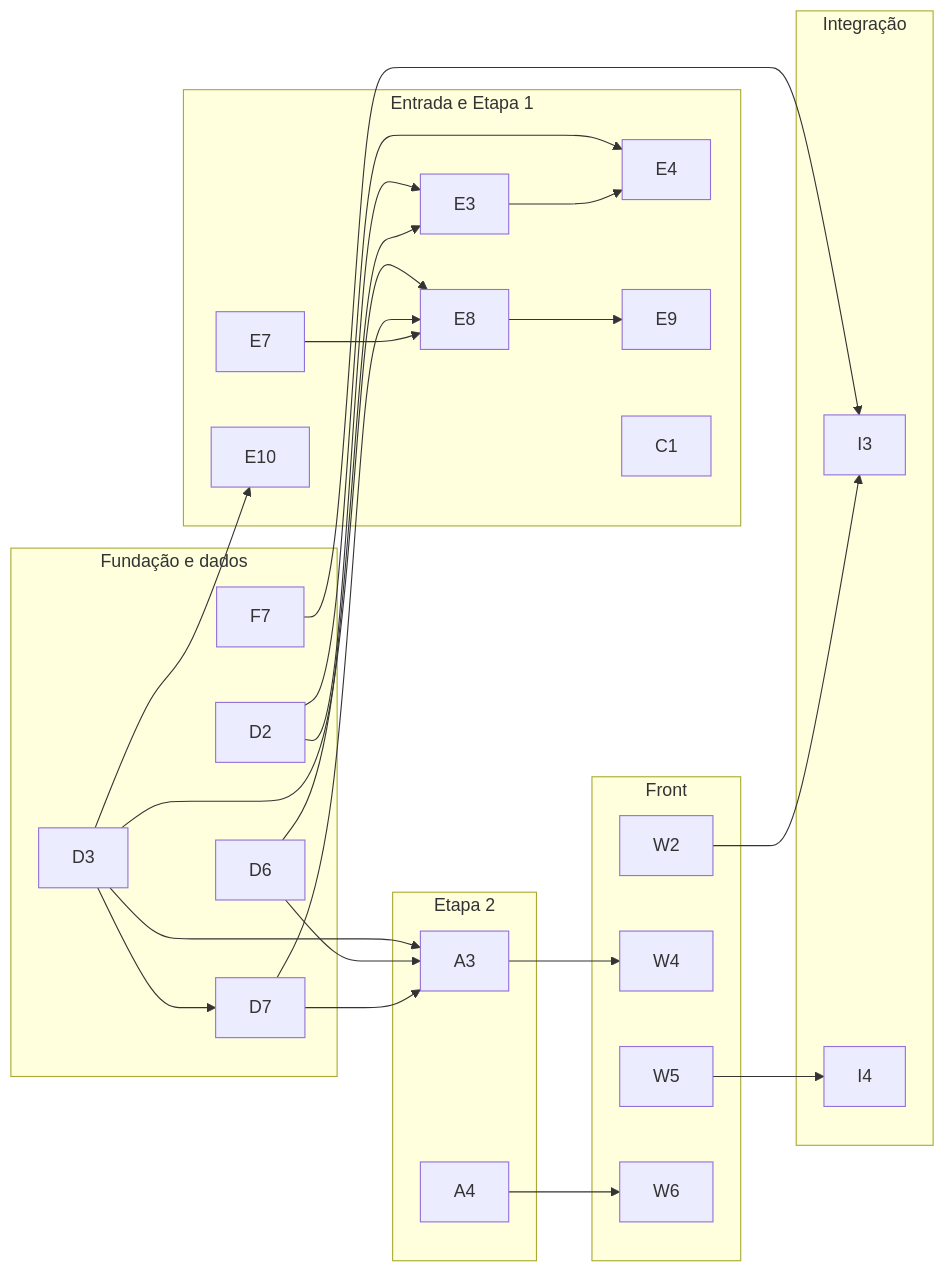
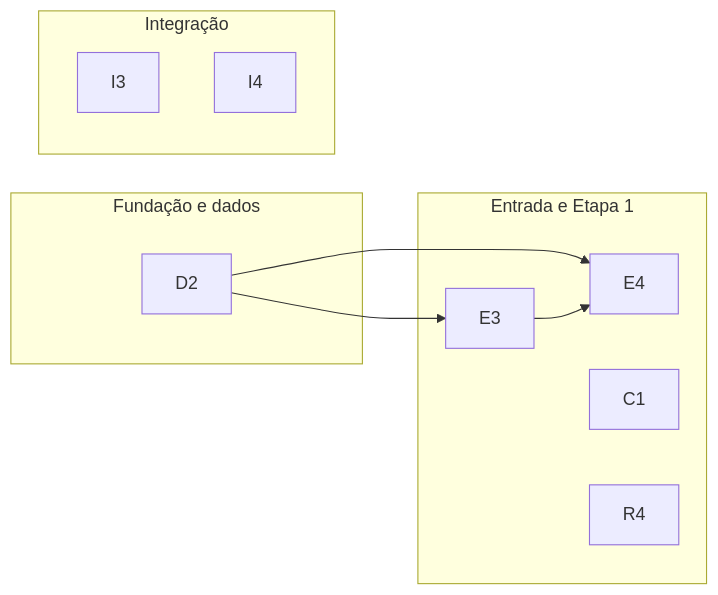
The diagram in PROXIMOS-PASSOS.md (MateusBarnabe/Projeto-Integrador), drawn with Mermaid before and after one commit. The commit also changed other lines of this file, not shown here.

````diff
--- a/PROXIMOS-PASSOS.md
+++ b/PROXIMOS-PASSOS.md
@@ -216,32 +216,15 @@
 ```mermaid
 flowchart LR
   subgraph Fundacao["Fundação e dados"]
-    F7
-    D2 & D3 & D6 & D7
+    D2
   end
   subgraph Etapa1["Entrada e Etapa 1"]
-    E3 & E4 & E7 & E8 & E9 & E10 & C1
-  end
-  subgraph Etapa2["Etapa 2"]
-    A3 & A4
-  end
-  subgraph Front["Front"]
-    W2 & W4 & W5 & W6
+    E3 & E4 & C1 & R4
   end
   subgraph Placeholder["Integração"]
     I3 & I4
   end
 
-  F7 --> I3
   D2 --> E3 & E4
-  D3 --> D7 & E8 & E10 & A3
-  D6 --> E3 & A3
-  D7 --> E8 & A3
   E3 --> E4
-  E7 --> E8
-  E8 --> E9
-  A3 --> W4
-  A4 --> W6
-  W2 --> I3
-  W5 --> I4
 ```
````
